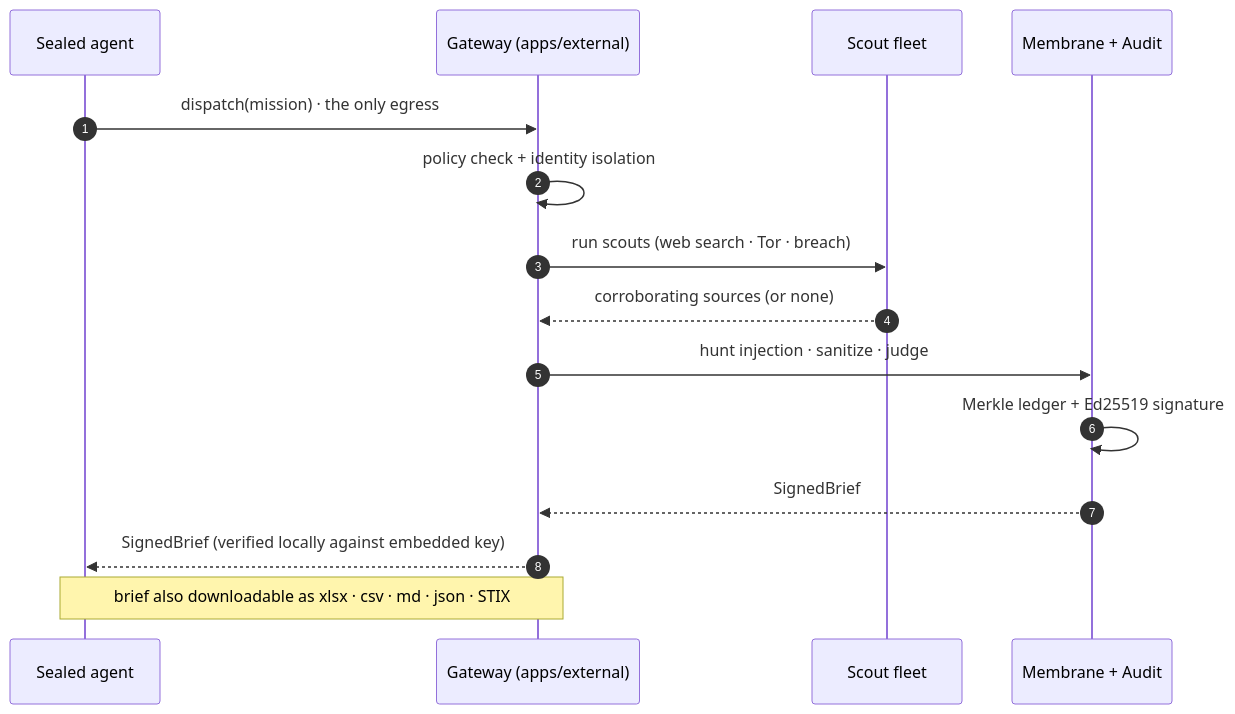
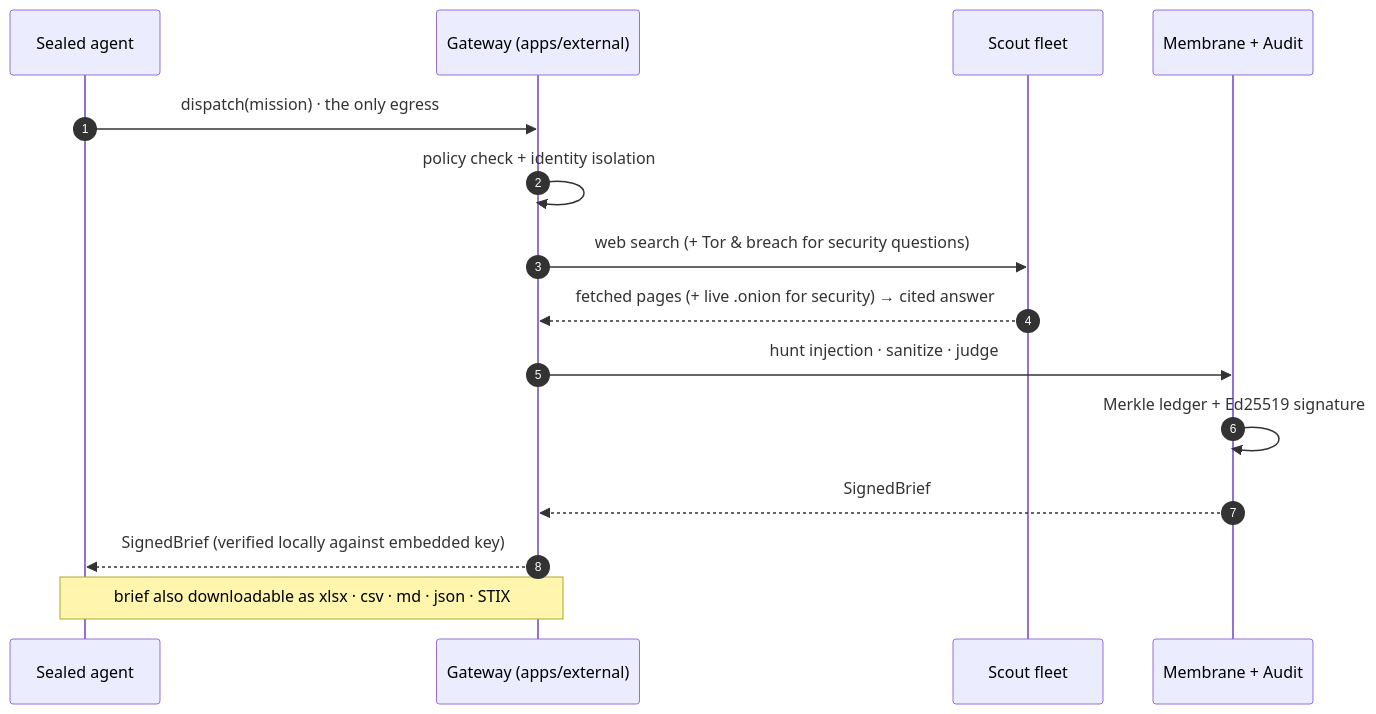
Before and after one commit to Symbioose/yc-hackathon: the second of 4 diagrams in README.md, drawn with Mermaid. The commit also changed other lines of this file and 8 other files, not shown here.

````diff
--- a/README.md
+++ b/README.md
@@ -143,17 +145,17 @@
 ```mermaid
 sequenceDiagram
   autonumber
   participant S as Sealed agent
   participant G as Gateway (apps/external)
   participant F as Scout fleet
   participant M as Membrane + Audit
   S->>G: dispatch(mission)  ·  the only egress
   G->>G: policy check + identity isolation
-  G->>F: run scouts (web search · Tor · breach)
-  F-->>G: corroborating sources (or none)
+  G->>F: web search (+ Tor & breach for security questions)
+  F-->>G: fetched pages (+ live .onion for security) → cited answer
   G->>M: hunt injection · sanitize · judge
   M->>M: Merkle ledger + Ed25519 signature
   M-->>G: SignedBrief
   G-->>S: SignedBrief (verified locally against embedded key)
   Note over G,S: brief also downloadable as xlsx · csv · md · json · STIX
 ```
````
